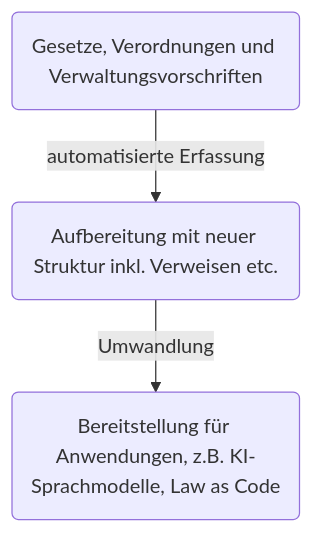
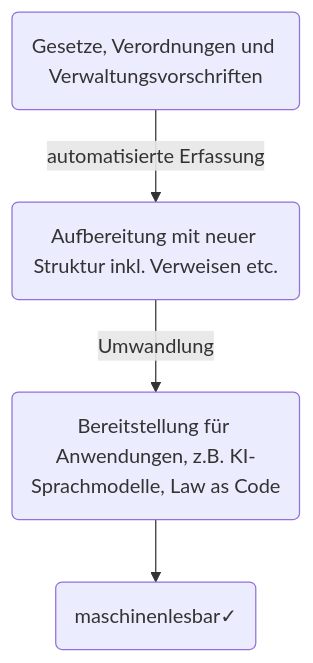
Before and after one commit to stefanmaeder/dotgov: the diagram in slides/02_big-picture.md, drawn with Mermaid.

````diff
--- a/slides/02_big-picture.md
+++ b/slides/02_big-picture.md
@@ -1,5 +1,6 @@
 ```mermaid
 flowchart TD
     A(Gesetze, Verordnungen und Verwaltungsvorschriften) -->|automatisierte Erfassung| B(Aufbereitung mit neuer Struktur inkl. Verweisen etc.)
     B --> |Umwandlung| C(Bereitstellung für Anwendungen, z.B. KI-Sprachmodelle, Law as Code)
+    C --> D(maschinenlesbar✓)
 ```
````
